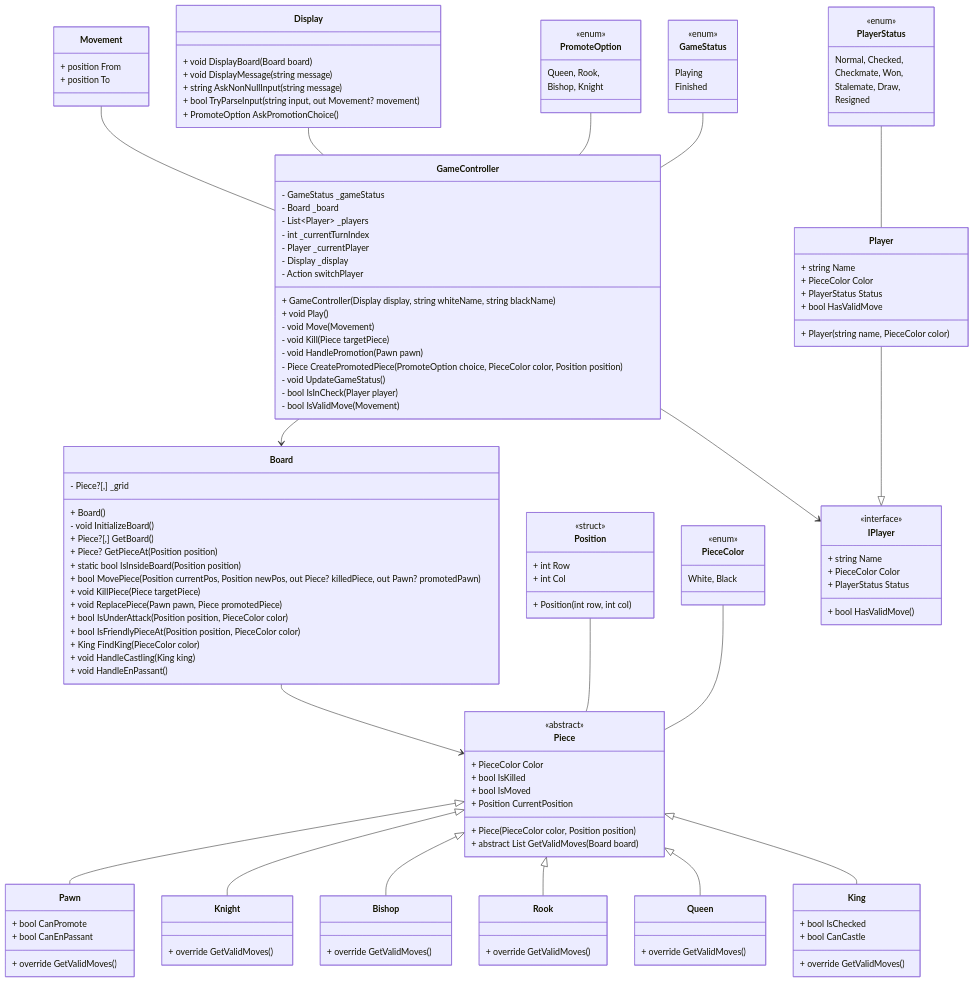
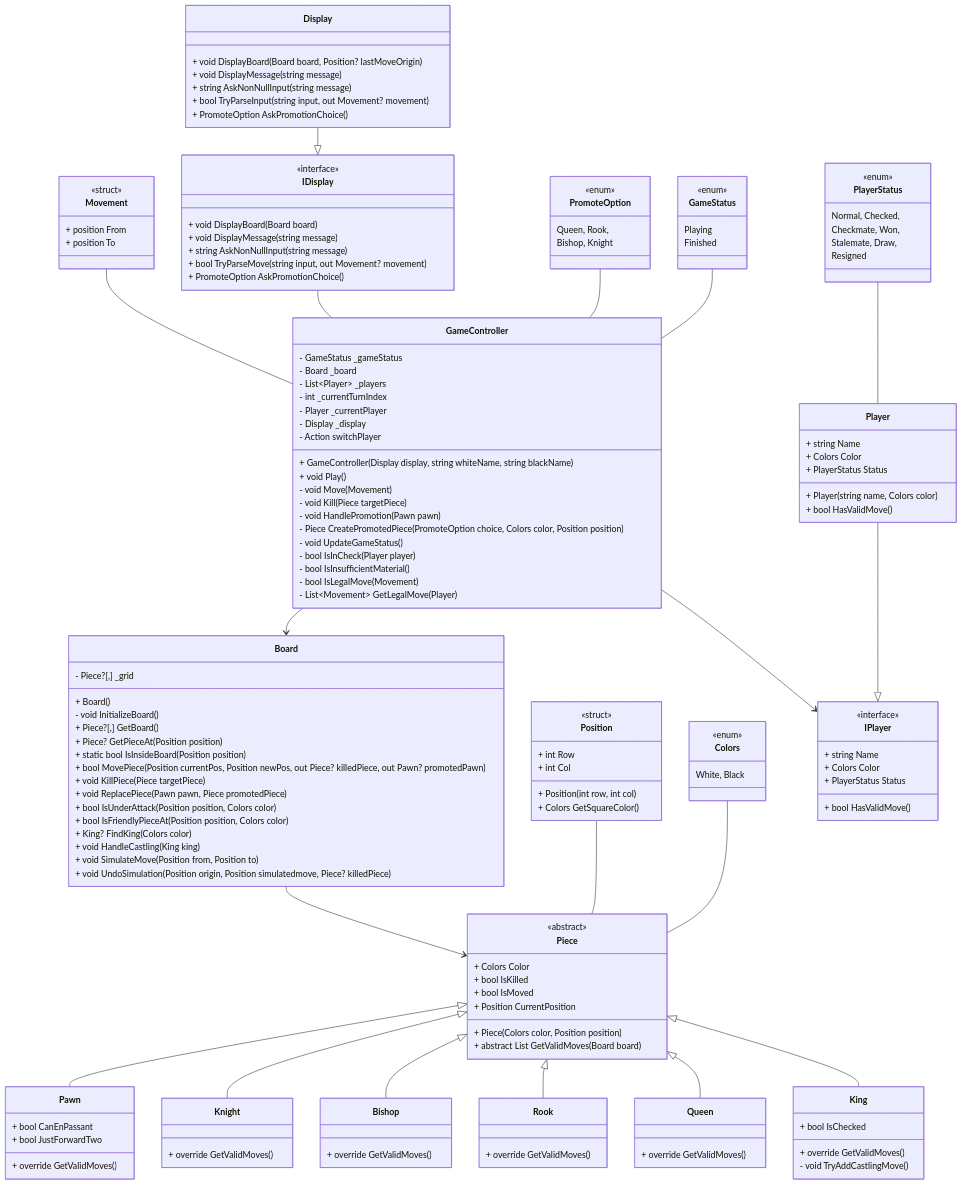
Before and after one commit to soniaagst/project-sonia: the diagram in BoardGame/chess2.mmd, drawn with Mermaid.

Commit message:
updated chess class diagram

```diff
--- a/BoardGame/chess2.mmd
+++ b/BoardGame/chess2.mmd
@@ -1,157 +1,172 @@
 classDiagram
     class GameController {
         - GameStatus _gameStatus
         - Board _board
         - List~Player~ _players
         - int _currentTurnIndex
         - Player _currentPlayer
         - Display _display
         - Action switchPlayer
         + GameController(Display display, string whiteName, string blackName)
         + void Play()
         - void Move(Movement)
         - void Kill(Piece targetPiece)
         - void HandlePromotion(Pawn pawn)
-        - Piece CreatePromotedPiece(PromoteOption choice, PieceColor color, Position position)
+        - Piece CreatePromotedPiece(PromoteOption choice, Colors color, Position position)
         - void UpdateGameStatus()
         - bool IsInCheck(Player player)
-        - bool IsValidMove(Movement)
+        - bool IsInsufficientMaterial()
+        - bool IsLegalMove(Movement)
+        - List~Movement~ GetLegalMove(Player)
     }
 
     class Display {
-        + void DisplayBoard(Board board)
+        + void DisplayBoard(Board board, Position? lastMoveOrigin)
         + void DisplayMessage(string message)
         + string AskNonNullInput(string message)
         + bool TryParseInput(string input, out Movement? movement)
         + PromoteOption AskPromotionChoice()
     }
 
     class Board {
         - Piece?[,] _grid
         + Board()
         - void InitializeBoard()
         + Piece?[,] GetBoard()
         + Piece? GetPieceAt(Position position)
         + static bool IsInsideBoard(Position position)
         + bool MovePiece(Position currentPos, Position newPos, out Piece? killedPiece, out Pawn? promotedPawn)
         + void KillPiece(Piece targetPiece)
         + void ReplacePiece(Pawn pawn, Piece promotedPiece)
-        + bool IsUnderAttack(Position position, PieceColor color)
-        + bool IsFriendlyPieceAt(Position position, PieceColor color)
-        + King FindKing(PieceColor color)
+        + bool IsUnderAttack(Position position, Colors color)
+        + bool IsFriendlyPieceAt(Position position, Colors color)
+        + King? FindKing(Colors color)
         + void HandleCastling(King king)
-        + void HandleEnPassant()
+        + void SimulateMove(Position from, Position to)
+        + void UndoSimulation(Position origin, Position simulatedmove, Piece? killedPiece)
     }
 
     class Piece {
         <<abstract>>
-        + PieceColor Color
+        + Colors Color
         + bool IsKilled
         + bool IsMoved
         + Position CurrentPosition
-        + Piece(PieceColor color, Position position)
+        + Piece(Colors color, Position position)
         + abstract List<Position> GetValidMoves(Board board)
     }
 
     class Pawn {
-        + bool CanPromote
         + bool CanEnPassant
+        + bool JustForwardTwo
         + override GetValidMoves()
     }
 
     class Knight {
         + override GetValidMoves()
     }
 
     class Bishop {
         + override GetValidMoves()
     }
 
     class Rook {
         + override GetValidMoves()
     }
 
     class Queen {
         + override GetValidMoves()
     }
 
     class King {
         + bool IsChecked
-        + bool CanCastle
         + override GetValidMoves()
+        - void TryAddCastlingMove()
     }
 
     class Player {
         + string Name
-        + PieceColor Color
+        + Colors Color
         + PlayerStatus Status
-        + bool HasValidMove
-        + Player(string name, PieceColor color)
+        + Player(string name, Colors color)
+        + bool HasValidMove()
     }
 
     class Movement {
+        <<struct>>
         + position From
         + position To
     }
 
     class Position {
         <<struct>>
         + int Row
         + int Col
         + Position(int row, int col)
+        + Colors GetSquareColor()
     }
 
     class GameStatus {
         <<enum>>
         Playing
         Finished
     }
 
     class PlayerStatus {
         <<enum>>
         Normal, Checked,
         Checkmate, Won,
         Stalemate, Draw,
         Resigned
     }
 
     class PromoteOption {
         <<enum>>
         Queen, Rook,
         Bishop, Knight
     }
 
-    class PieceColor {
+    class Colors {
         <<enum>>
         White, Black
     }
 
     class IPlayer {
         <<interface>>
         + string Name
-        + PieceColor Color
+        + Colors Color
         + PlayerStatus Status
         + bool HasValidMove ()
+    }
+
+    class IDisplay {
+        <<interface>>
+        + void DisplayBoard(Board board)
+        + void DisplayMessage(string message) 
+        + string AskNonNullInput(string message)
+        + bool TryParseMove(string input, out Movement? movement)
+        + PromoteOption AskPromotionChoice()
     }
 
     GameController --> Board
     GameController --> IPlayer
 
     Board --> Piece
     
     Piece <|-- Pawn
     Piece <|-- Knight
     Piece <|-- Bishop
     Piece <|-- Rook
     Piece <|-- Queen
     Piece <|-- King
     
     Player --|> IPlayer
+    Display --|> IDisplay
     
     Movement -- GameController
-    Display -- GameController
+    IDisplay -- GameController
     PromoteOption -- GameController
     GameStatus -- GameController
     PlayerStatus -- Player
     Position --Piece
-    PieceColor -- Piece
+    Colors -- Piece
```
